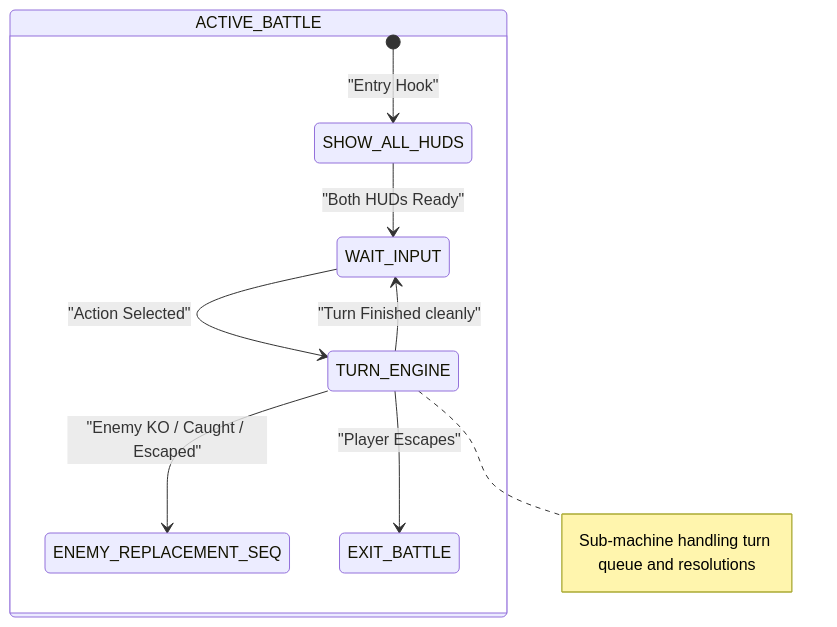
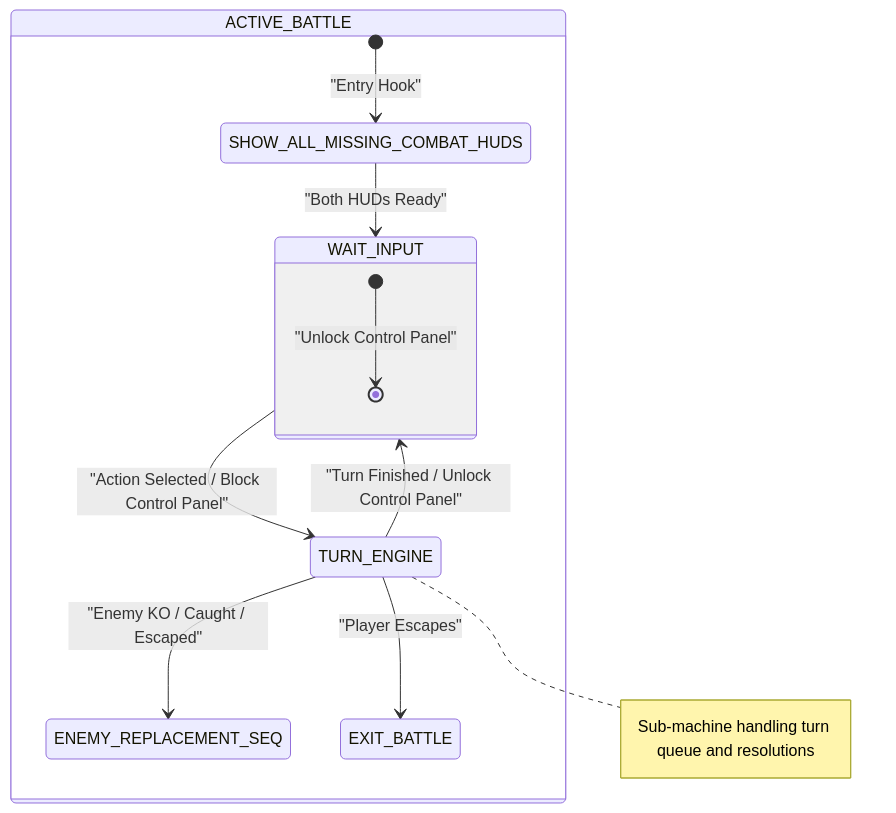
Before and after one commit to Darkham77/PokeBorrador: the fourth of 18 diagrams in .agents/skills/project-standards/references/battle/battle_mechanics_manual.md, drawn with Mermaid. The commit also changed other lines of this file and 43 other files, not shown here.

````diff
--- a/.agents/skills/project-standards/references/battle/battle_mechanics_manual.md
+++ b/.agents/skills/project-standards/references/battle/battle_mechanics_manual.md
@@ -426,14 +458,18 @@
 ```mermaid
 stateDiagram-v2
     state ACTIVE_BATTLE {
-        [*] --> SHOW_ALL_HUDS: "Entry Hook"
-        SHOW_ALL_HUDS --> WAIT_INPUT: "Both HUDs Ready"
+        [*] --> SHOW_ALL_MISSING_COMBAT_HUDS : "Entry Hook"
+        SHOW_ALL_MISSING_COMBAT_HUDS --> WAIT_INPUT : "Both HUDs Ready"
         
-        WAIT_INPUT --> TURN_ENGINE: "Action Selected"
-        TURN_ENGINE --> WAIT_INPUT: "Turn Finished cleanly"
+        state WAIT_INPUT {
+            [*] --> [*] : "Unlock Control Panel"
+        }
         
-        TURN_ENGINE --> ENEMY_REPLACEMENT_SEQ: "Enemy KO / Caught / Escaped"
-        TURN_ENGINE --> EXIT_BATTLE: "Player Escapes"
+        WAIT_INPUT --> TURN_ENGINE : "Action Selected / Block Control Panel"
+        TURN_ENGINE --> WAIT_INPUT : "Turn Finished / Unlock Control Panel"
+        
+        TURN_ENGINE --> ENEMY_REPLACEMENT_SEQ : "Enemy KO / Caught / Escaped"
+        TURN_ENGINE --> EXIT_BATTLE : "Player Escapes"
     }
     note right of TURN_ENGINE: Sub-machine handling turn queue and resolutions
 ```
````
